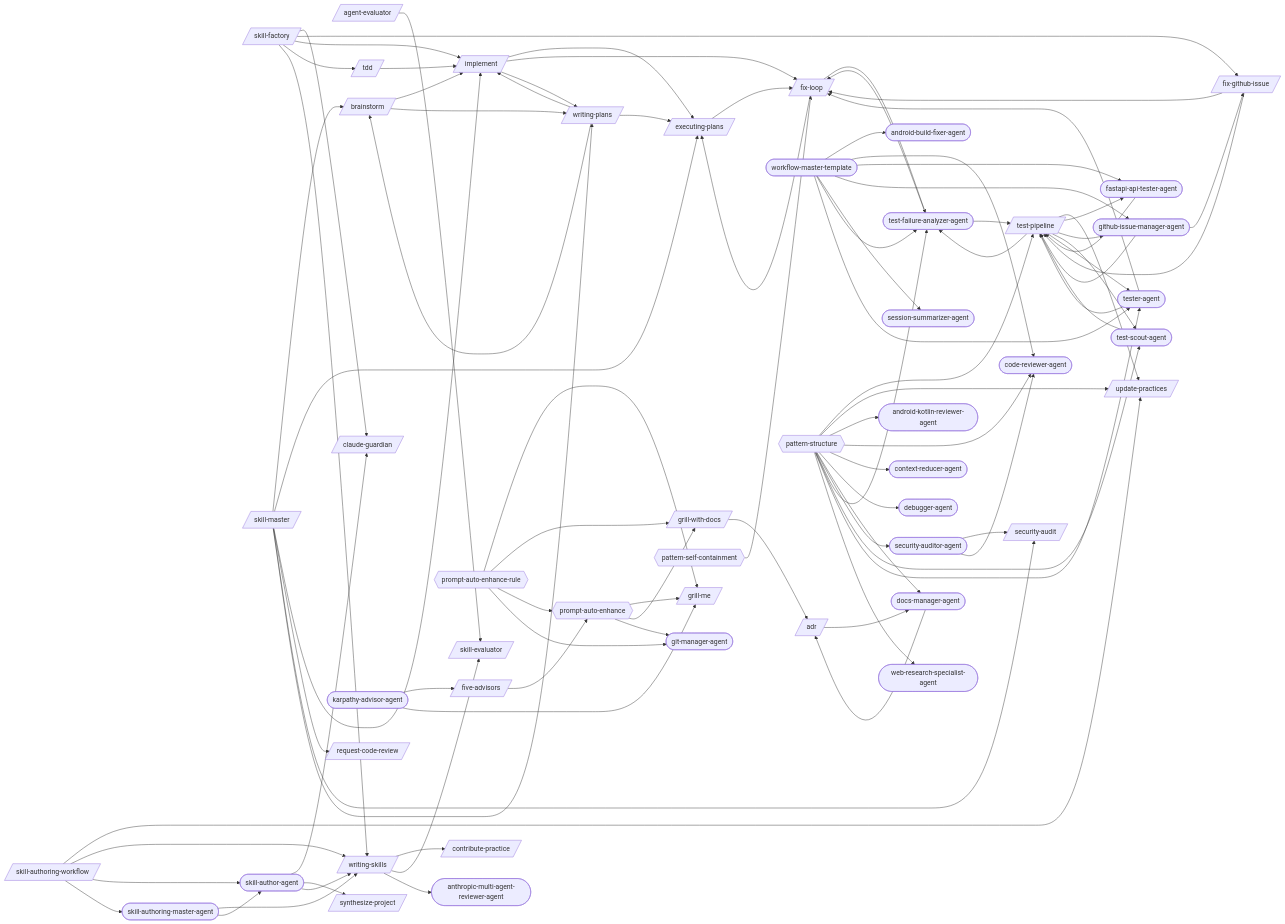
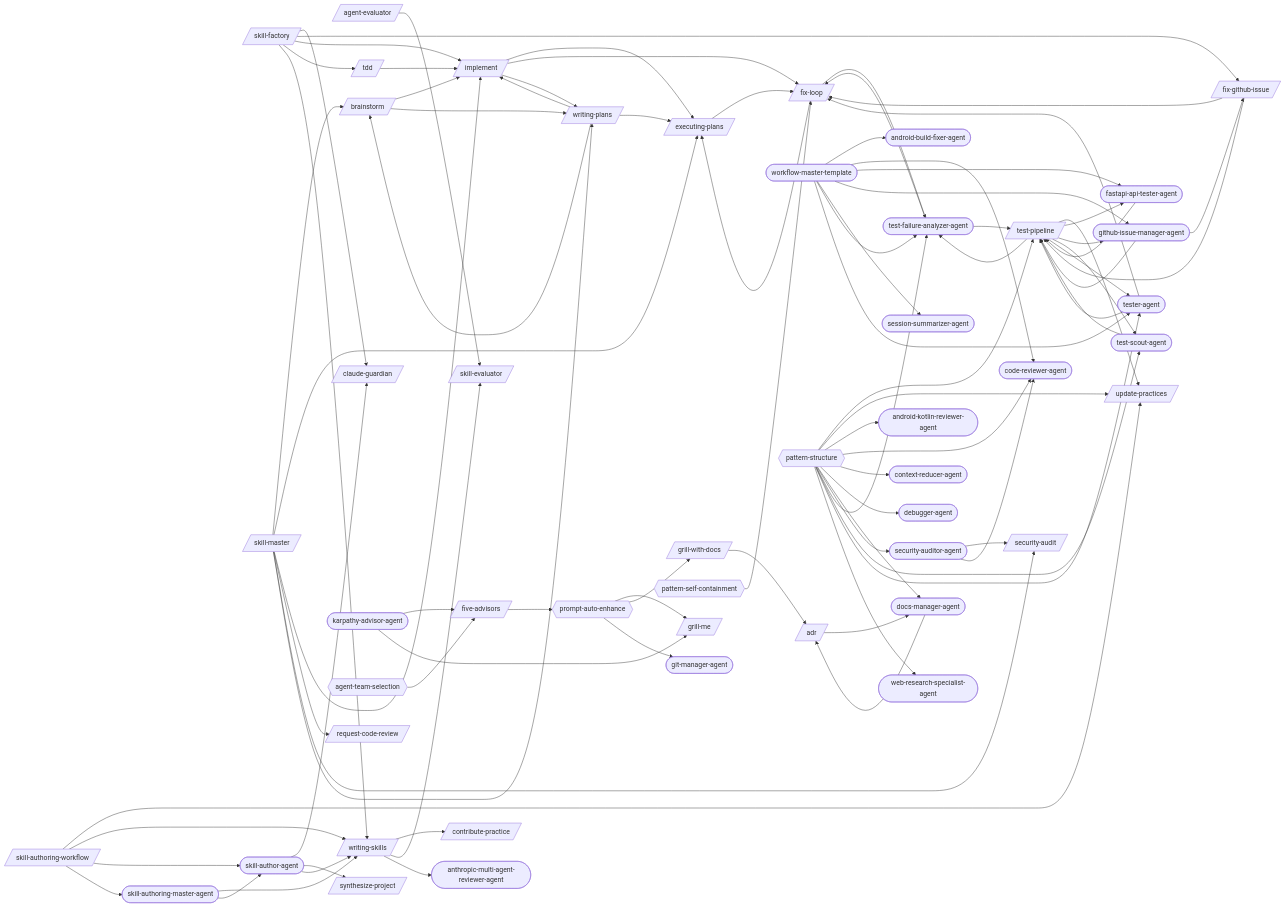
Before and after one commit to abhayla/claude-best-practices: the first of 29 diagrams in docs/workflows/skill-authoring.md, drawn with Mermaid. The commit also changed other lines of this file and 32 other files, not shown here.

````diff
--- a/docs/workflows/skill-authoring.md
+++ b/docs/workflows/skill-authoring.md
@@ -52,10 +52,10 @@
     tester_agent([tester-agent])
     web_research_specialist_agent([web-research-specialist-agent])
     workflow_master_template([workflow-master-template])
+    agent_team_selection{{agent-team-selection}}
     pattern_self_containment{{pattern-self-containment}}
     pattern_structure{{pattern-structure}}
     prompt_auto_enhance{{prompt-auto-enhance}}
-    prompt_auto_enhance_rule{{prompt-auto-enhance-rule}}
     adr --> docs_manager_agent
     agent_evaluator --> skill_evaluator
     brainstorm --> implement
@@ -126,6 +126,7 @@
     workflow_master_template --> session_summarizer_agent
     workflow_master_template --> test_failure_analyzer_agent
     workflow_master_template --> tester_agent
+    agent_team_selection --> five_advisors
     pattern_self_containment --> fix_loop
     pattern_structure --> test_pipeline
     pattern_structure --> update_practices
@@ -139,8 +140,4 @@
     pattern_structure --> test_scout_agent
     pattern_structure --> tester_agent
     pattern_structure --> web_research_specialist_agent
-    prompt_auto_enhance_rule --> grill_me
-    prompt_auto_enhance_rule --> grill_with_docs
-    prompt_auto_enhance_rule --> prompt_auto_enhance
-    prompt_auto_enhance_rule --> git_manager_agent
 ```
````
